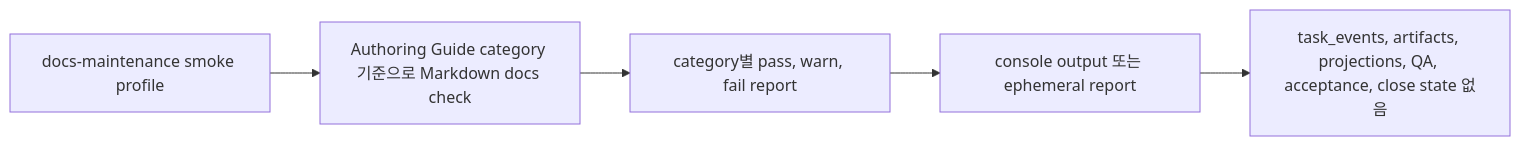
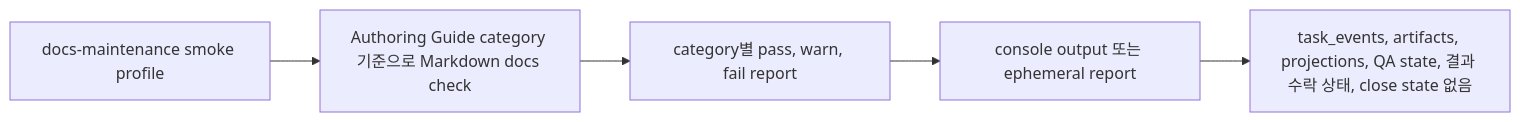
Before and after one commit to minjungw00/Harness_Project: the third of 14 diagrams in docs/ko/reference/operations-and-conformance.md, drawn with Mermaid. The commit also changed other lines of this file and 3 other files, not shown here.

````diff
--- a/docs/ko/reference/operations-and-conformance.md
+++ b/docs/ko/reference/operations-and-conformance.md
@@ -132,7 +133,7 @@
 ```mermaid
 flowchart LR
   Start["docs-maintenance smoke profile"] --> Check["Authoring Guide category 기준으로 Markdown docs check"]
   Check --> Report["category별 pass, warn, fail report"]
   Report --> Output["console output 또는 ephemeral report"]
-  Output --> Hold["task_events, artifacts, projections, QA, acceptance, close state 없음"]
+  Output --> Hold["task_events, artifacts, projections, QA state, 결과 수락 상태, close state 없음"]
 ```
````
